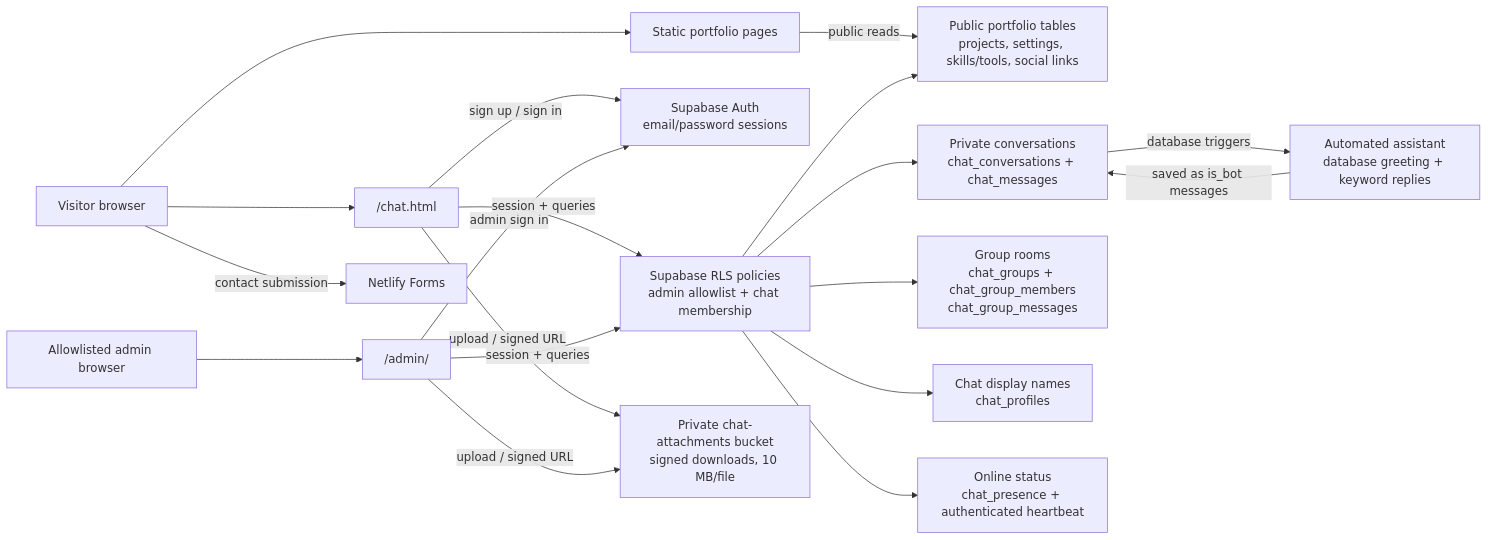
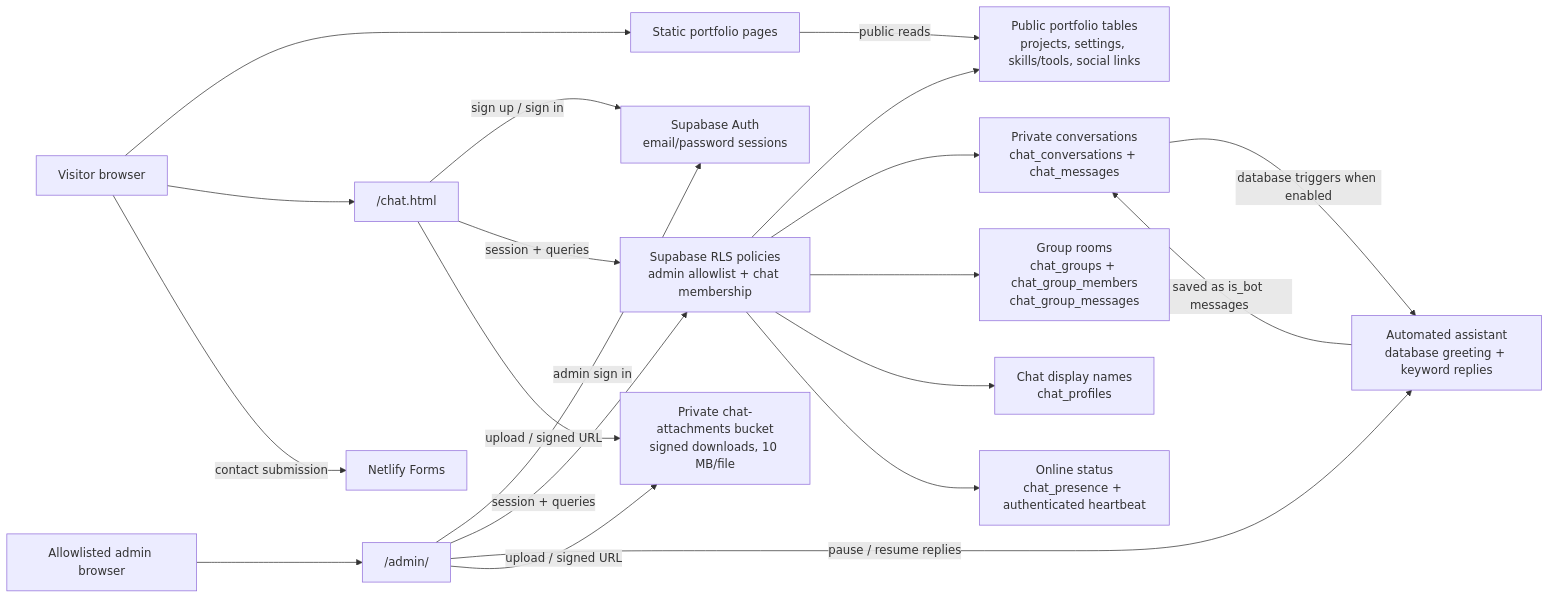
The diagram in README.md (JManishkanna/MEPHISTO-BACK-SPELL), drawn with Mermaid before and after one commit. The commit also changed other lines of this file and 9 other files, not shown here.

````diff
--- a/README.md
+++ b/README.md
@@ -50,37 +50,38 @@
 ```mermaid
 flowchart LR
   Visitor["Visitor browser"]
   Admin["Allowlisted admin browser"]
   Pages["Static portfolio pages"]
   ChatUI["/chat.html"]
   AdminUI["/admin/"]
   Auth["Supabase Auth<br/>email/password sessions"]
   RLS["Supabase RLS policies<br/>admin allowlist + chat membership"]
   Portfolio["Public portfolio tables<br/>projects, settings, skills/tools, social links"]
   DMs["Private conversations<br/>chat_conversations + chat_messages"]
   Groups["Group rooms<br/>chat_groups + chat_group_members<br/>chat_group_messages"]
   Profiles["Chat display names<br/>chat_profiles"]
   Presence["Online status<br/>chat_presence + authenticated heartbeat"]
   Bot["Automated assistant<br/>database greeting + keyword replies"]
   Storage["Private chat-attachments bucket<br/>signed downloads, 10 MB/file"]
   Netlify["Netlify Forms"]
 
   Visitor --> Pages
   Visitor --> ChatUI
   Admin --> AdminUI
   ChatUI -->|"sign up / sign in"| Auth
   AdminUI -->|"admin sign in"| Auth
   Pages -->|"public reads"| Portfolio
   ChatUI -->|"session + queries"| RLS
   AdminUI -->|"session + queries"| RLS
+  AdminUI -->|"pause / resume replies"| Bot
   RLS --> Portfolio
   RLS --> DMs
   RLS --> Groups
   RLS --> Profiles
   RLS --> Presence
-  DMs -->|"database triggers"| Bot
+  DMs -->|"database triggers when enabled"| Bot
   Bot -->|"saved as is_bot messages"| DMs
   ChatUI -->|"upload / signed URL"| Storage
   AdminUI -->|"upload / signed URL"| Storage
   Visitor -->|"contact submission"| Netlify
 ```
````
